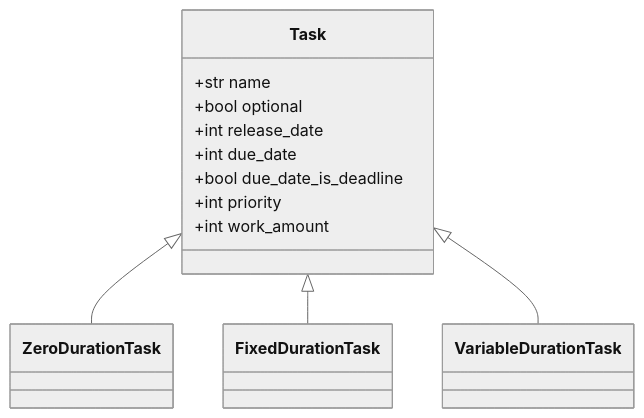
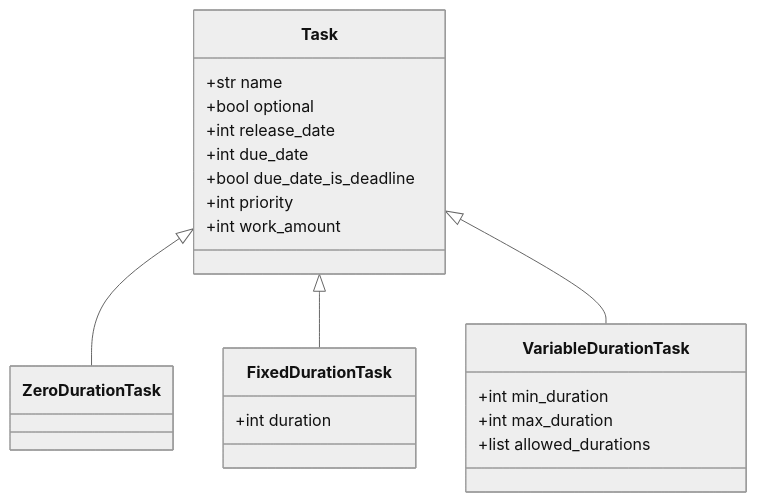
One commit to tpaviot/ProcessScheduler changed the diagram in docs/task.md. Above: the diagram before and after it, drawn with Mermaid (neutral theme). The commit also changed other lines of this file and 5 other files, not shown here.

````diff
--- a/docs/task.md
+++ b/docs/task.md
@@ -11,16 +23,23 @@
 ``` mermaid
 classDiagram
   Task <|-- ZeroDurationTask
   Task <|-- FixedDurationTask
   Task <|-- VariableDurationTask
 class Task{
     +str name
     +bool optional
     +int release_date
     +int due_date
     +bool due_date_is_deadline
     +int priority
     +int work_amount
 }
-
+class FixedDurationTask{
+    +int duration
+}
+class VariableDurationTask{
+    +int min_duration
+    +int max_duration
+    +list allowed_durations
+}
 ```
````
